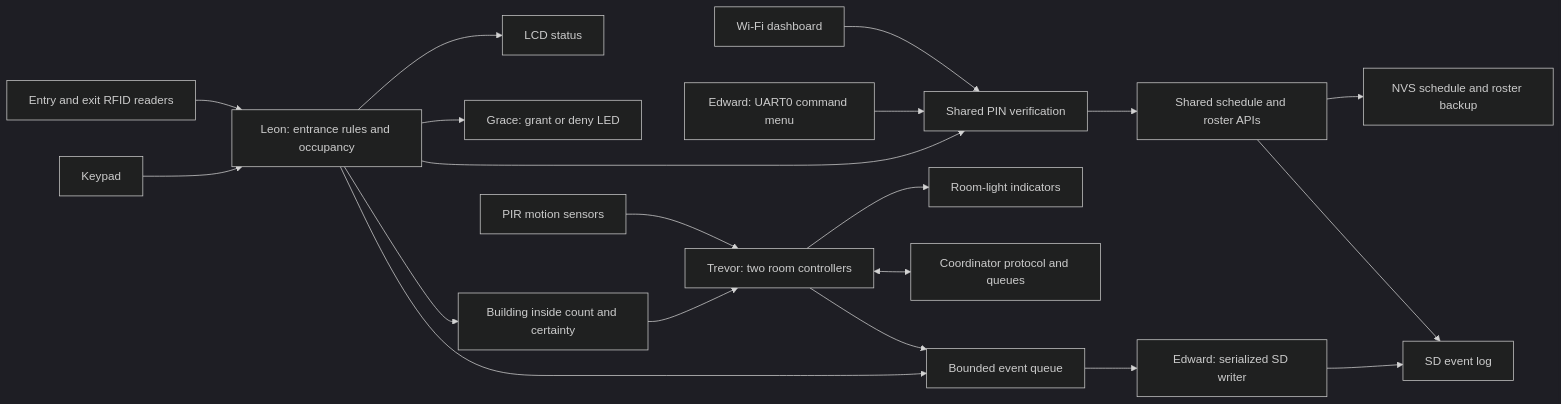
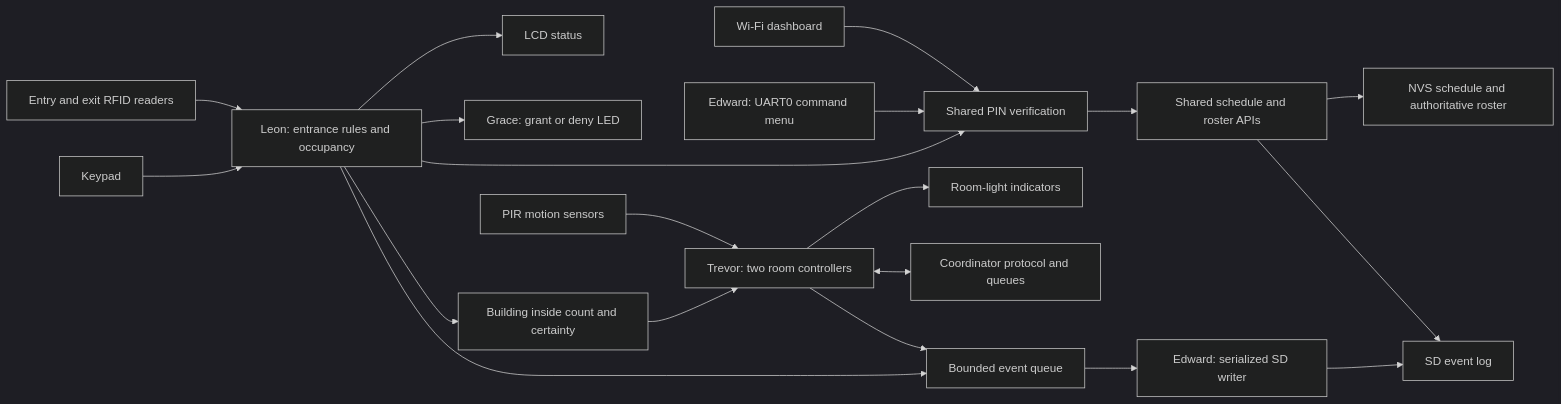
Before and after one commit to ledge-stack/Embedded-Course-Work: the diagram in docs/SYSTEM_OPERATION_REPORT.md, drawn with Mermaid (dark theme). The commit also changed other lines of this file and 23 other files, not shown here.

````diff
--- a/docs/SYSTEM_OPERATION_REPORT.md
+++ b/docs/SYSTEM_OPERATION_REPORT.md
@@ -73,22 +73,22 @@
 ```mermaid
 flowchart LR
     RFID[Entry and exit RFID readers] --> E[Leon: entrance rules and occupancy]
     K[Keypad] --> E
     E --> LCD[LCD status]
     E --> LED[Grace: grant or deny LED]
     E --> AUTH[Shared PIN verification]
     WEB[Wi-Fi dashboard] --> AUTH
     CLI[Edward: UART0 command menu] --> AUTH
     AUTH --> CFG[Shared schedule and roster APIs]
     E --> OCC[Building inside count and certainty]
     OCC --> ROOMS[Trevor: two room controllers]
     PIR[PIR motion sensors] --> ROOMS
     ROOMS --> LIGHTS[Room-light indicators]
     ROOMS <--> LINK[Coordinator protocol and queues]
     E --> QUEUE[Bounded event queue]
     ROOMS --> QUEUE
     QUEUE --> STORAGE[Edward: serialized SD writer]
     STORAGE --> SD[SD event log]
-    CFG --> NVS[NVS schedule and roster backup]
+    CFG --> NVS[NVS schedule and authoritative roster]
     CFG --> SD
 ```
````
